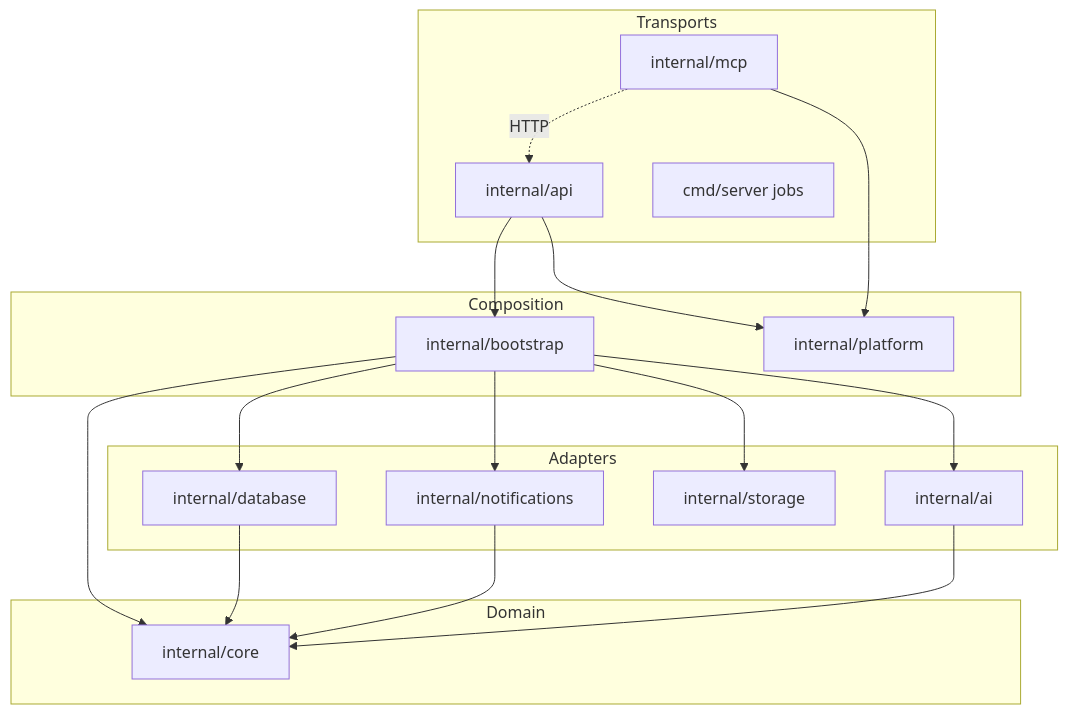
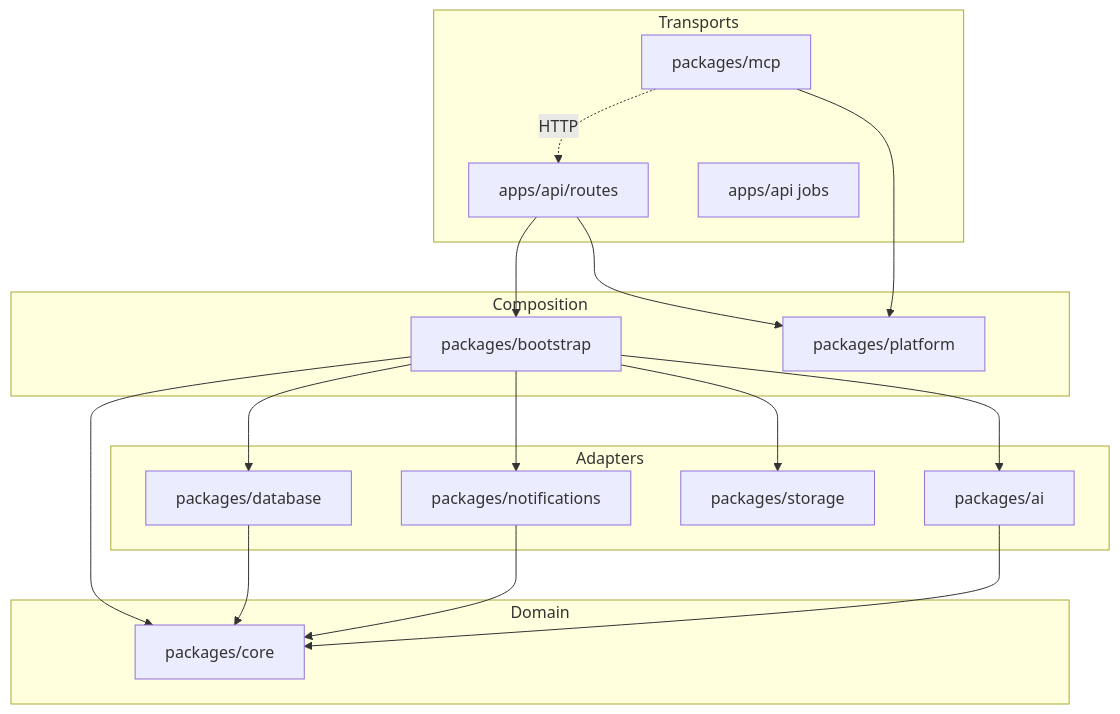
Before and after one commit to Hostworthy/SplitSpends: the diagram in docs/adr/001-domain-driven-design.md, drawn with Mermaid. The commit also changed other lines of this file and 399 other files, not shown here.

First line of the commit message:
Split the repository into apps and packages

````diff
--- a/docs/adr/001-domain-driven-design.md
+++ b/docs/adr/001-domain-driven-design.md
@@ -15,33 +15,33 @@
 ```mermaid
 flowchart TB
   subgraph transports [Transports]
-    API[internal/api]
-    MCP[internal/mcp]
-    Jobs[cmd/server jobs]
+    API[apps/api/routes]
+    MCP[packages/mcp]
+    Jobs[apps/api jobs]
   end
   subgraph composition [Composition]
-    Boot[internal/bootstrap]
-    Plat[internal/platform]
+    Boot[packages/bootstrap]
+    Plat[packages/platform]
   end
   subgraph domain [Domain]
-    Core[internal/core]
+    Core[packages/core]
   end
   subgraph adapters [Adapters]
-    DB[internal/database]
-    Mail[internal/notifications]
-    Store[internal/storage]
-    AI[internal/ai]
+    DB[packages/database]
+    Mail[packages/notifications]
+    Store[packages/storage]
+    AI[packages/ai]
   end
   API --> Boot
   API --> Plat
   MCP --> Plat
   MCP -. HTTP .-> API
   Boot --> Core
   Boot --> DB
   Boot --> Mail
   Boot --> Store
   Boot --> AI
   DB --> Core
   Mail --> Core
   AI --> Core
 ```
````
